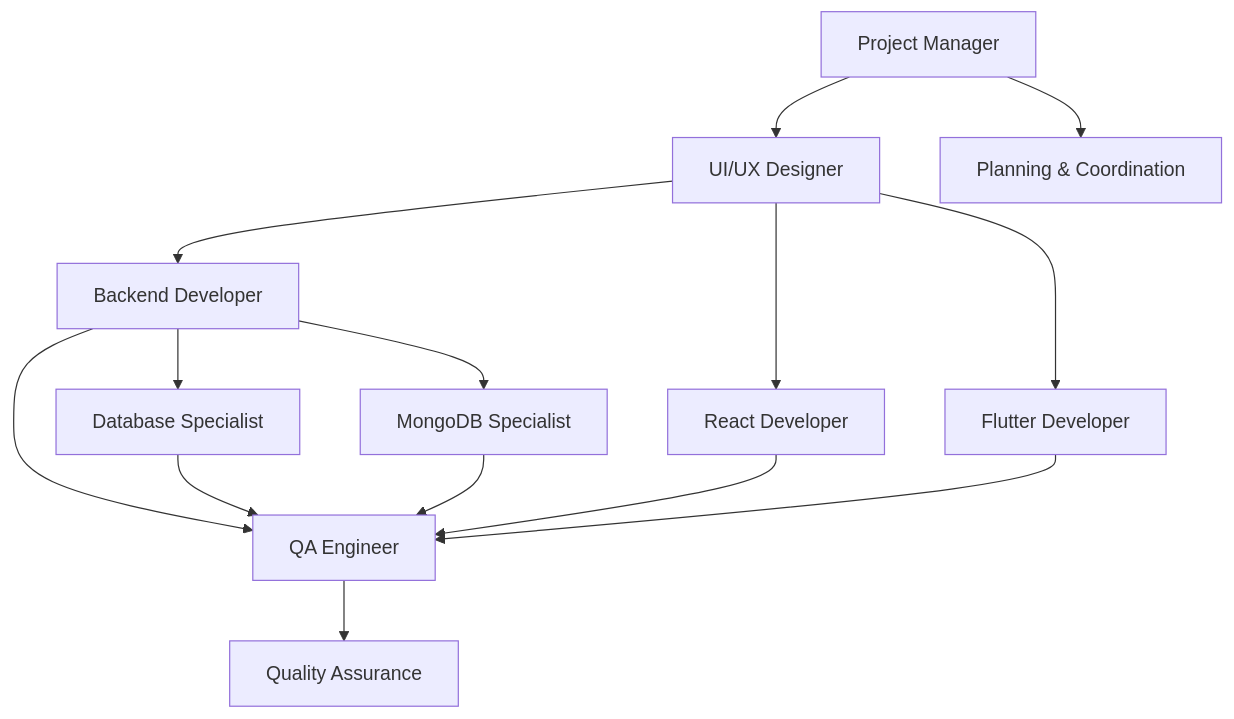
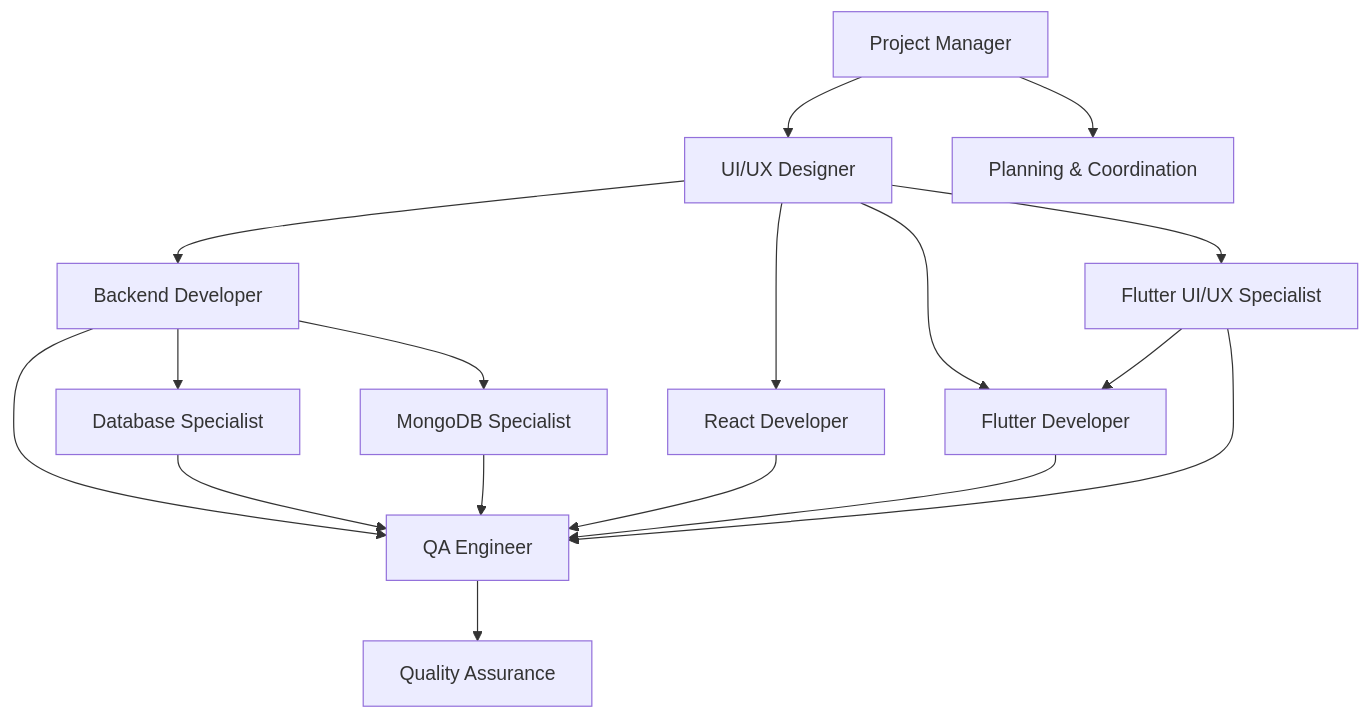
Before and after one commit to tiagofur/template-project: the diagram in agents/README.md, drawn with Mermaid. The commit also changed other lines of this file and 1 other file, not shown here.

Commit message:
Add Flutter UI/UX Specialist agent with comprehensive documentation

````diff
--- a/agents/README.md
+++ b/agents/README.md
@@ -55,16 +57,19 @@
 ```mermaid
 graph TD
     A[Project Manager] --> B[UI/UX Designer]
     B --> C[Backend Developer]
     C --> D[Database Specialist]
     C --> D2[MongoDB Specialist]
     B --> E[React Developer]
     B --> F[Flutter Developer]
+    B --> F2[Flutter UI/UX Specialist]
+    F2 --> F
     C --> G[QA Engineer]
     D --> G
     D2 --> G
     E --> G
     F --> G
+    F2 --> G
     A --> H[Planning & Coordination]
     G --> I[Quality Assurance]
 ```
````
